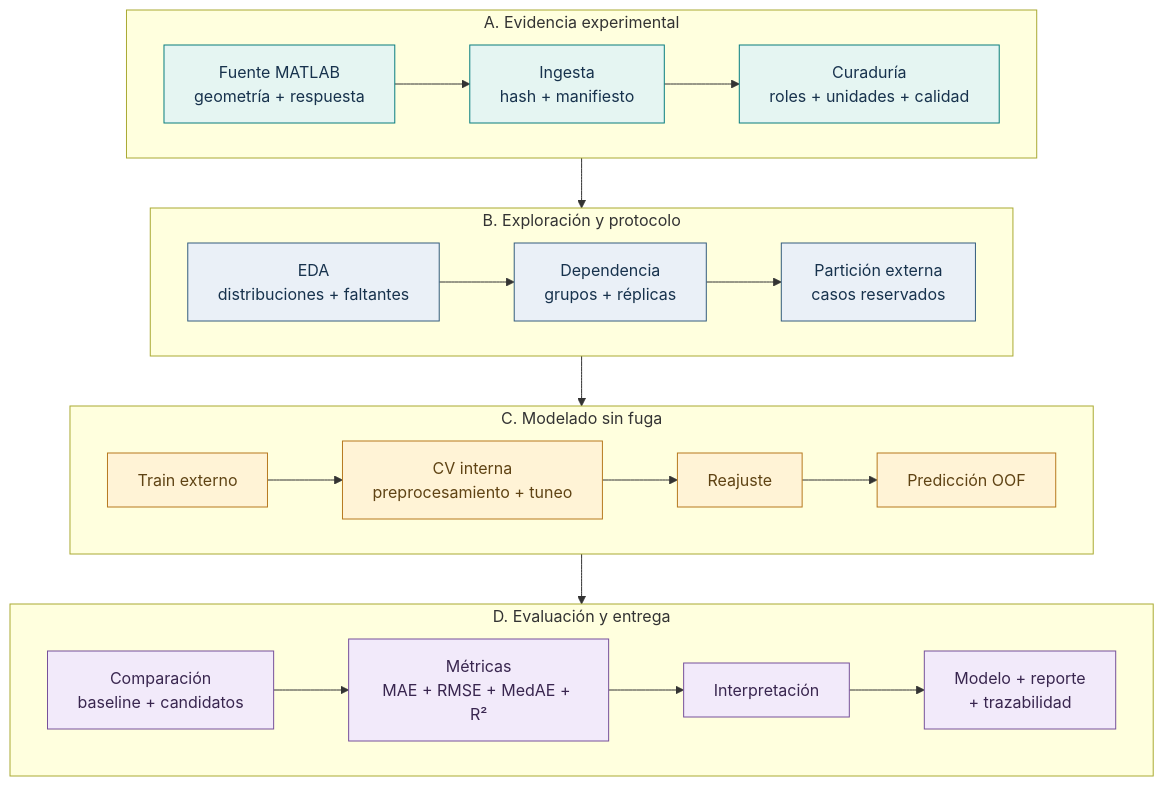
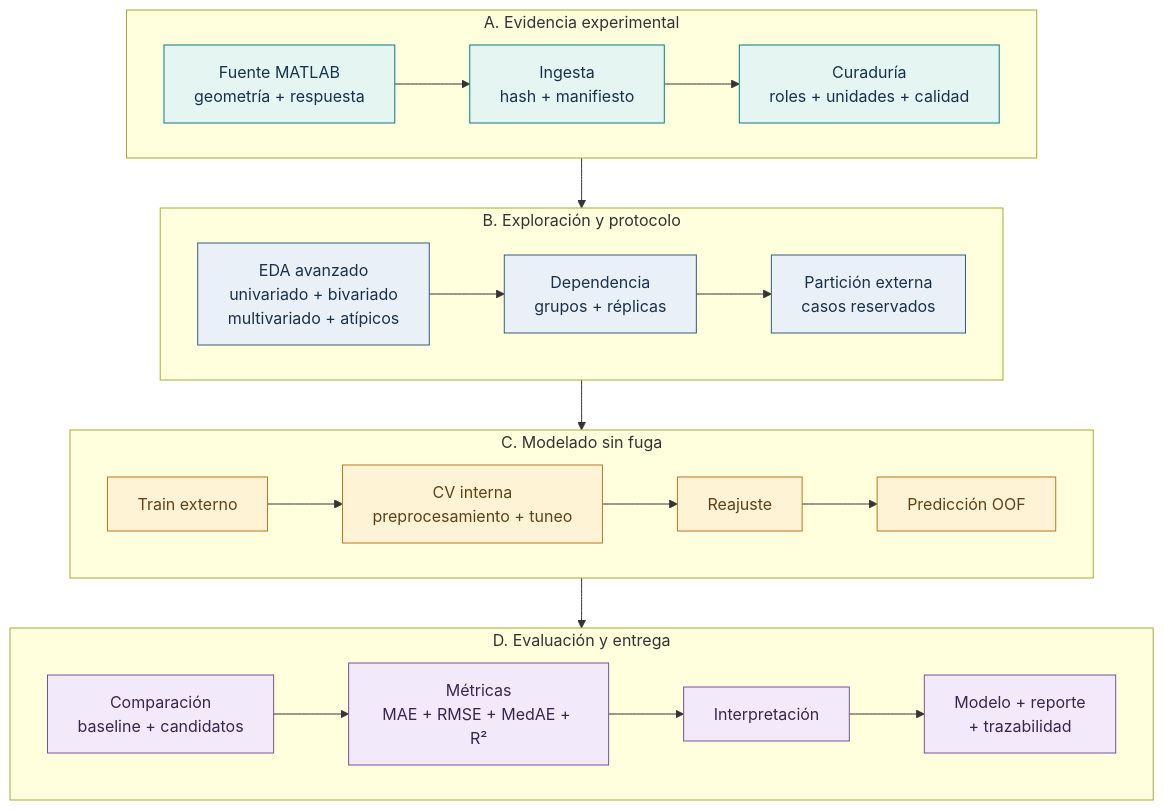
The first of 2 diagrams in README.md (melissaaylasb-sudo/T02_MIA14_SeccionB), drawn with Mermaid before and after one commit. The commit also changed other lines of this file and 25 other files, not shown here.

````diff
--- a/README.md
+++ b/README.md
@@ -145,35 +146,35 @@
 ```mermaid
 flowchart TB
     subgraph A["A. Evidencia experimental"]
         direction LR
         A1["Fuente MATLAB<br/>geometría + respuesta"] --> A2["Ingesta<br/>hash + manifiesto"] --> A3["Curaduría<br/>roles + unidades + calidad"]
     end
 
     subgraph B["B. Exploración y protocolo"]
         direction LR
-        B1["EDA<br/>distribuciones + faltantes"] --> B2["Dependencia<br/>grupos + réplicas"] --> B3["Partición externa<br/>casos reservados"]
+        B1["EDA avanzado<br/>univariado + bivariado<br/>multivariado + atípicos"] --> B2["Dependencia<br/>grupos + réplicas"] --> B3["Partición externa<br/>casos reservados"]
     end
 
     subgraph C["C. Modelado sin fuga"]
         direction LR
         C1["Train externo"] --> C2["CV interna<br/>preprocesamiento + tuneo"] --> C3["Reajuste"] --> C4["Predicción OOF"]
     end
 
     subgraph D["D. Evaluación y entrega"]
         direction LR
         D1["Comparación<br/>baseline + candidatos"] --> D2["Métricas<br/>MAE + RMSE + MedAE + R²"] --> D3["Interpretación"] --> D4["Modelo + reporte<br/>+ trazabilidad"]
     end
 
     A3 --> B1
     B3 --> C1
     C4 --> D1
 
     classDef evidence fill:#e5f5f2,stroke:#087d7f,color:#17324d
     classDef analysis fill:#eaf0f7,stroke:#345d7e,color:#17324d
     classDef model fill:#fff3d6,stroke:#b7791f,color:#5f4314
     classDef output fill:#f2eafa,stroke:#76519b,color:#39264f
     class A1,A2,A3 evidence
     class B1,B2,B3 analysis
     class C1,C2,C3,C4 model
     class D1,D2,D3,D4 output
 ```
````
